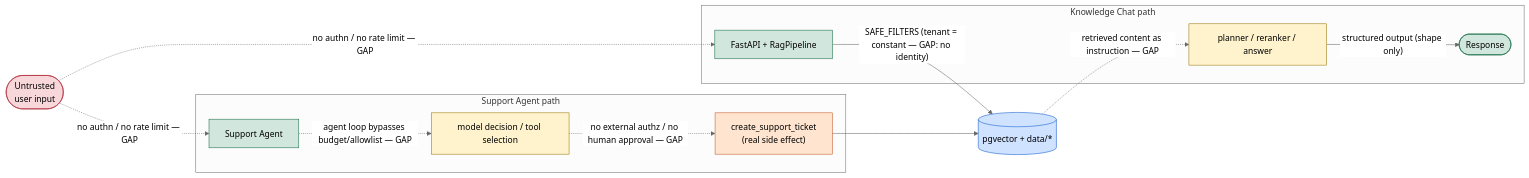
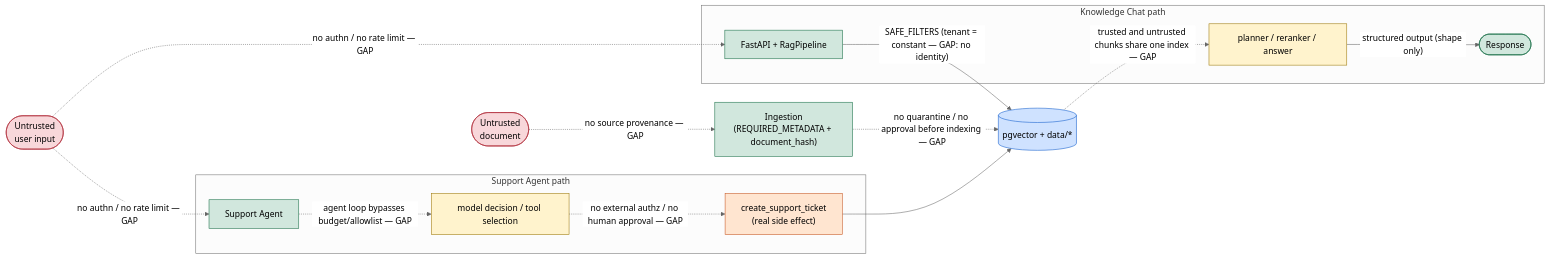
The third of 3 diagrams in docs/security-threat-model.md (james-freitas/mba-ia-rag-fullcycle), drawn with Mermaid (neutral theme) before and after one commit. The commit also changed other lines of this file and 14 other files, not shown here.

````diff
--- a/docs/security-threat-model.md
+++ b/docs/security-threat-model.md
@@ -749,35 +836,40 @@
 ```mermaid
 flowchart LR
     U([Untrusted<br/>user input]):::untrusted
+    DOC([Untrusted<br/>document]):::untrusted
 
     subgraph KC[Knowledge Chat path]
         KCAPP["FastAPI + RagPipeline"]:::trusted
         KCM["planner / reranker / answer"]:::model
         RESP([Response]):::trusted
     end
 
     subgraph AG[Support Agent path]
         AGAPP["Support Agent"]:::trusted
         AGM["model decision / tool selection"]:::model
         TOOL["create_support_ticket<br/>(real side effect)"]:::action
     end
 
+    ING["Ingestion<br/>(REQUIRED_METADATA + document_hash)"]:::trusted
     VS[("pgvector + data/*")]:::data
 
     U -.->|"no authn / no rate limit — GAP"| KCAPP
     U -.->|"no authn / no rate limit — GAP"| AGAPP
 
+    DOC -.->|"no source provenance — GAP"| ING
+    ING -.->|"no quarantine / no approval before indexing — GAP"| VS
+
     KCAPP -->|"SAFE_FILTERS (tenant = constant — GAP: no identity)"| VS
-    VS -.->|"retrieved content as instruction — GAP"| KCM
+    VS -.->|"trusted and untrusted chunks share one index — GAP"| KCM
     KCM -->|"structured output (shape only)"| RESP
 
     AGAPP -.->|"agent loop bypasses budget/allowlist — GAP"| AGM
     AGM -.->|"no external authz / no human approval — GAP"| TOOL
     TOOL --> VS
 
     classDef untrusted fill:#f8d7da,stroke:#b02a37,color:#000;
     classDef trusted fill:#d1e7dd,stroke:#146c43,color:#000;
     classDef model fill:#fff3cd,stroke:#997404,color:#000;
     classDef data fill:#cfe2ff,stroke:#0a58ca,color:#000;
     classDef action fill:#ffe5d0,stroke:#c4531f,color:#000;
 ```
````
